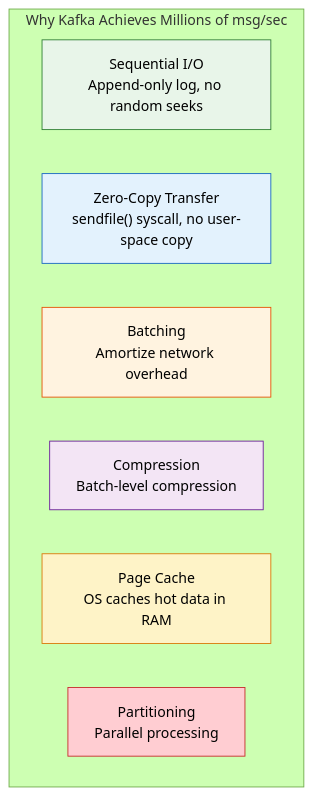
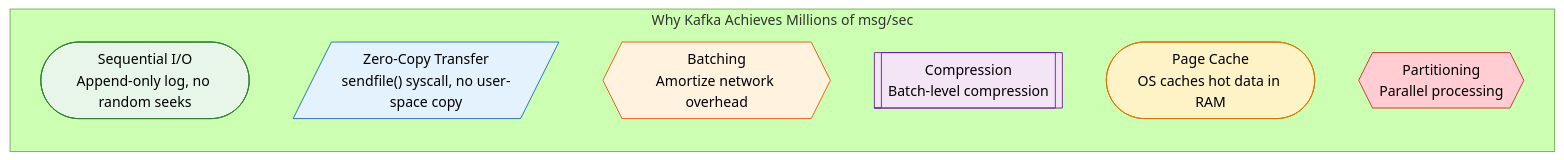
One commit to saivamsikaruturi/vamsilabs-dev-notes-main changed diagram 11 of 15 in docs/kafka-messaging/kafka.md. Above: the diagram before and after it, drawn with Mermaid (forest theme). The commit also changed other lines of this file and 146 other files, not shown here.

Commit message:
Horizontal diagrams, UML class diagrams, typography overhaul, and permalink cleanup

````diff
--- a/docs/kafka-messaging/kafka.md
+++ b/docs/kafka-messaging/kafka.md
@@ -446,18 +446,18 @@
 ```mermaid
-flowchart TD
+flowchart LR
     subgraph Performance["Why Kafka Achieves Millions of msg/sec"]
-        SEQ["Sequential I/O<br/>Append-only log, no random seeks"]
-        ZC["Zero-Copy Transfer<br/>sendfile() syscall, no user-space copy"]
-        BATCH["Batching<br/>Amortize network overhead"]
-        COMP["Compression<br/>Batch-level compression"]
-        PAGE["Page Cache<br/>OS caches hot data in RAM"]
-        PART["Partitioning<br/>Parallel processing"]
+        SEQ(["Sequential I/O<br/>Append-only log, no random seeks"])
+        ZC[/"Zero-Copy Transfer<br/>sendfile() syscall, no user-space copy"/]
+        BATCH{{"Batching<br/>Amortize network overhead"}}
+        COMP[["Compression<br/>Batch-level compression"]]
+        PAGE(["Page Cache<br/>OS caches hot data in RAM"])
+        PART{{"Partitioning<br/>Parallel processing"}}
     end
 
     style SEQ fill:#E8F5E9,stroke:#2E7D32,color:#000
     style ZC fill:#E3F2FD,stroke:#1565C0,color:#000
     style BATCH fill:#FFF3E0,stroke:#E65100,color:#000
     style COMP fill:#F3E5F5,stroke:#6A1B9A,color:#000
     style PAGE fill:#FEF3C7,stroke:#D97706,color:#000
     style PART fill:#FFCDD2,stroke:#C62828,color:#000
 ```
````
